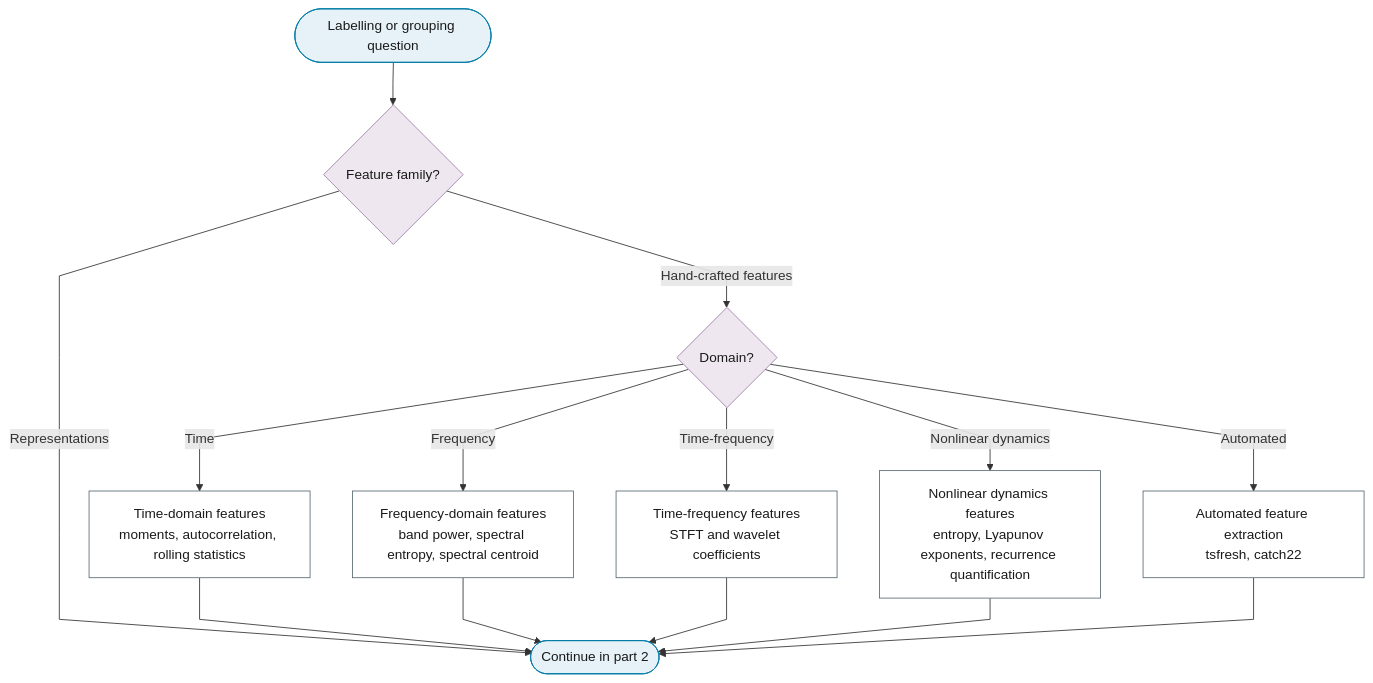
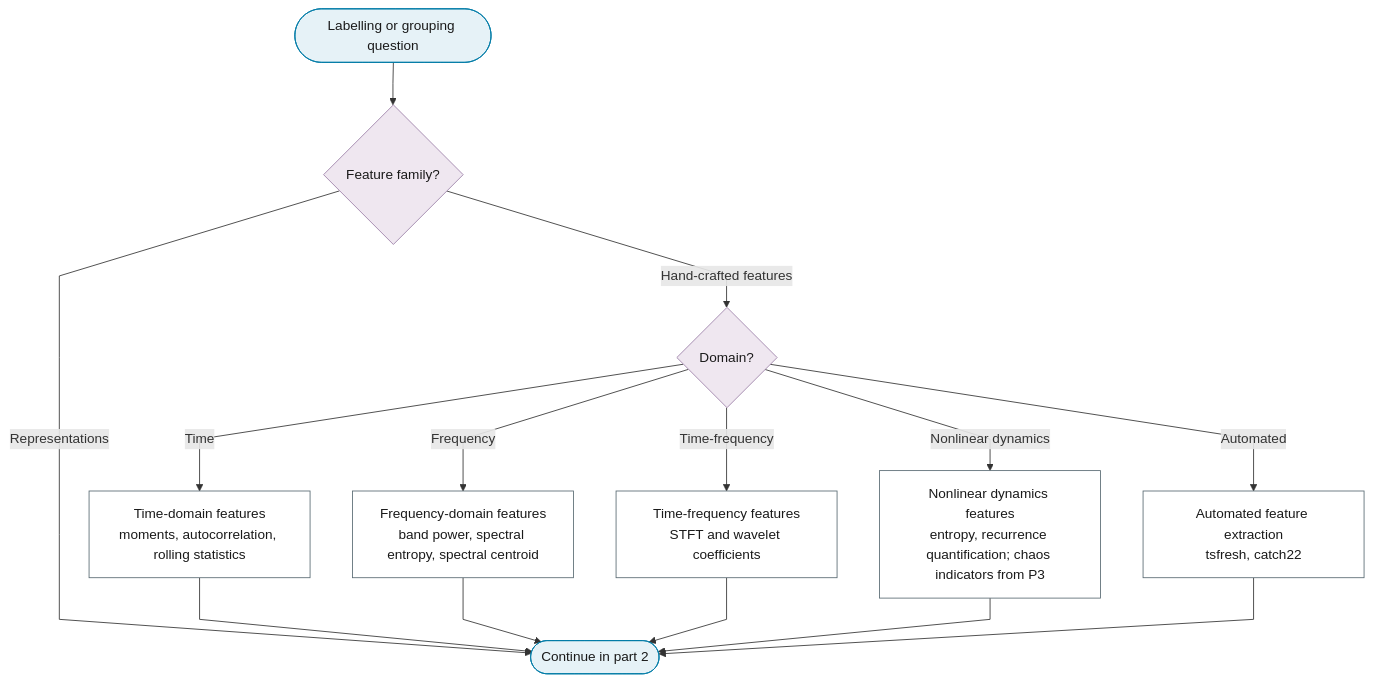
The first of 2 diagrams in docs/01-workflow/p02-purpose/07-feature-extraction-classification.md (Shuxin-Y/time-series-analysis-manual), drawn with Mermaid before and after one commit. The commit also changed 3 other files, not shown here.

````diff
--- a/docs/01-workflow/p02-purpose/07-feature-extraction-classification.md
+++ b/docs/01-workflow/p02-purpose/07-feature-extraction-classification.md
@@ -9,24 +9,24 @@
 ```mermaid
 %%{init: {"flowchart": {"curve": "linear"}}}%%
 graph TD
     P2_FE_IN(["Labelling or grouping question"]) --> P2_FE_FEATURE_Q{"Feature family?"}
     P2_FE_FEATURE_Q -->|"Hand-crafted features"| P2_FE_HANDCRAFTED{"Domain?"}
     P2_FE_FEATURE_Q -->|"Representations"| P2_FE_TO_PART_2
     P2_FE_HANDCRAFTED -->|"Time"| P2_FE_TIME_FEATURES["Time-domain features<br/>moments, autocorrelation, rolling statistics"]
     P2_FE_HANDCRAFTED -->|"Frequency"| P2_FE_FREQ_FEATURES["Frequency-domain features<br/>band power, spectral entropy, spectral centroid"]
     P2_FE_HANDCRAFTED -->|"Time-frequency"| P2_FE_TF_FEATURES["Time-frequency features<br/>STFT and wavelet coefficients"]
-    P2_FE_HANDCRAFTED -->|"Nonlinear dynamics"| P2_FE_NONLINEAR_FEATURES["Nonlinear dynamics features<br/>entropy, Lyapunov exponents, recurrence quantification"]
+    P2_FE_HANDCRAFTED -->|"Nonlinear dynamics"| P2_FE_NONLINEAR_FEATURES["Nonlinear dynamics features<br/>entropy, recurrence quantification; chaos indicators from P3"]
     P2_FE_HANDCRAFTED -->|"Automated"| P2_FE_AUTOMATED["Automated feature extraction<br/>tsfresh, catch22"]
     P2_FE_TIME_FEATURES & P2_FE_FREQ_FEATURES & P2_FE_TF_FEATURES & P2_FE_NONLINEAR_FEATURES & P2_FE_AUTOMATED --> P2_FE_TO_PART_2(["Continue in part 2"])
     class P2_FE_IN,P2_FE_TO_PART_2 terminator
     class P2_FE_FEATURE_Q,P2_FE_HANDCRAFTED decision
     class P2_FE_TIME_FEATURES,P2_FE_FREQ_FEATURES,P2_FE_TF_FEATURES,P2_FE_NONLINEAR_FEATURES,P2_FE_AUTOMATED process
     classDef terminator fill:#E6F2F7,stroke:#007BA7,color:#1A1A1A;
     classDef process fill:#FFFFFF,stroke:#5A6B73,color:#1A1A1A;
     classDef decision fill:#EFE7F0,stroke:#9B7FA7,color:#1A1A1A;
     classDef data fill:#FFF4E0,stroke:#C9A55E,color:#1A1A1A;
     classDef good fill:#DCEFD8,stroke:#4A7A3F,color:#1A1A1A;
     classDef escalate fill:#FFE9C2,stroke:#C9A55E,color:#1A1A1A;
     classDef problem fill:#F2D9DE,stroke:#800020,color:#1A1A1A;
     classDef ref fill:#F7F7F7,stroke:#5A6B73,color:#1A1A1A,stroke-dasharray:4 3;
 ```
````
